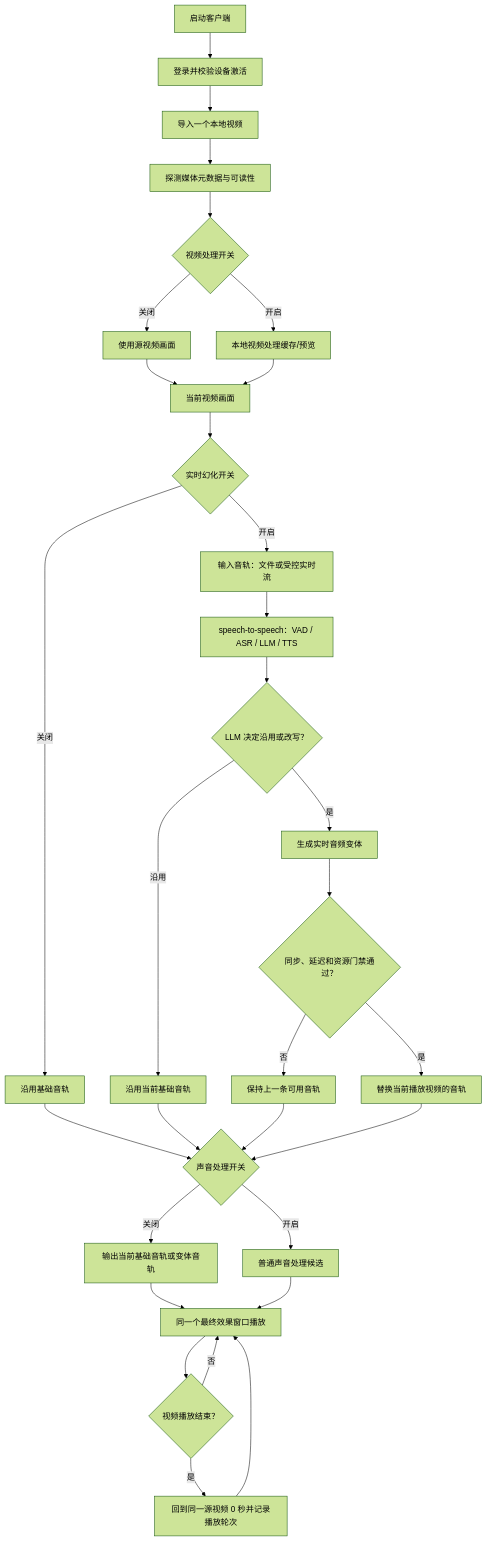
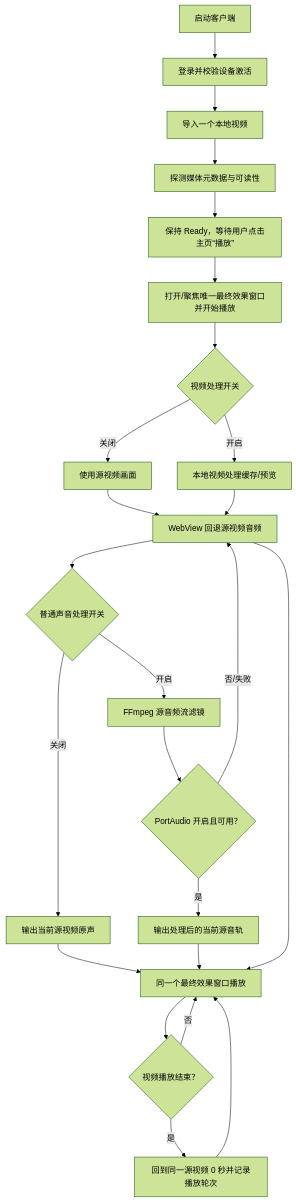
Before and after one commit to asd494235908/autolive: the first of 4 diagrams in 桌面客户端架构.md, drawn with Mermaid (forest theme). The commit also changed other lines of this file and 165 other files, not shown here.

First line of the commit message:
feat(desktop): stabilize PortAudio playback and packaging

````diff
--- a/桌面客户端架构.md
+++ b/桌面客户端架构.md
@@ -60,33 +64,26 @@
 ```mermaid
 flowchart TD
     A[启动客户端] --> B[登录并校验设备激活]
     B --> C[导入一个本地视频]
     C --> D[探测媒体元数据与可读性]
-    D --> E{视频处理开关}
+    D --> Ready[保持 Ready，等待用户点击主页“播放”]
+    Ready --> Open[打开/聚焦唯一最终效果窗口并开始播放]
+    Open --> E{视频处理开关}
     E -->|关闭| F[使用源视频画面]
     E -->|开启| G[本地视频处理缓存/预览]
     F --> I[当前视频画面]
     G --> I
-    I --> K{实时幻化开关}
-    K -->|关闭| Base[沿用基础音轨]
-    Base --> AudioSwitch{声音处理开关}
-    K -->|开启| M[输入音轨：文件或受控实时流]
-    M --> N[speech-to-speech：VAD / ASR / LLM / TTS]
-    N --> O{LLM 决定沿用或改写？}
-    O -->|沿用| P[沿用当前基础音轨]
-    O -->|是| Q[生成实时音频变体]
-    Q --> R{同步、延迟和资源门禁通过？}
-    R -->|否| S[保持上一条可用音轨]
-    R -->|是| T[替换当前播放视频的音轨]
-    P --> AudioSwitch
-    S --> AudioSwitch
-    T --> AudioSwitch
-    AudioSwitch -->|关闭| L[输出当前基础音轨或变体音轨]
-    AudioSwitch -->|开启| J[普通声音处理候选]
+    I --> AudioSwitch{普通声音处理开关}
+    AudioSwitch -->|关闭| L[输出当前源视频原声]
+    AudioSwitch -->|开启| J[FFmpeg 源音频流滤镜]
+    J --> PA{PortAudio 开启且可用？}
+    PA -->|是| H[输出处理后的当前源音轨]
+    PA -->|否/失败| I[WebView 回退源视频音频]
     L --> U[同一个最终效果窗口播放]
-    J --> U
+    H --> U
+    I --> U
     U --> V{视频播放结束？}
     V -->|否| U
     V -->|是| W[回到同一源视频 0 秒并记录播放轮次]
     W --> U
 ```
````
